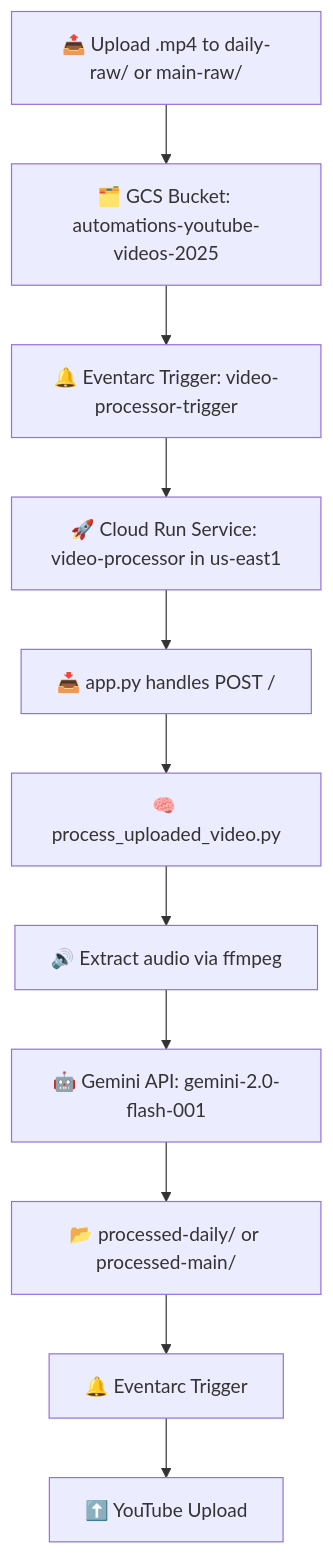
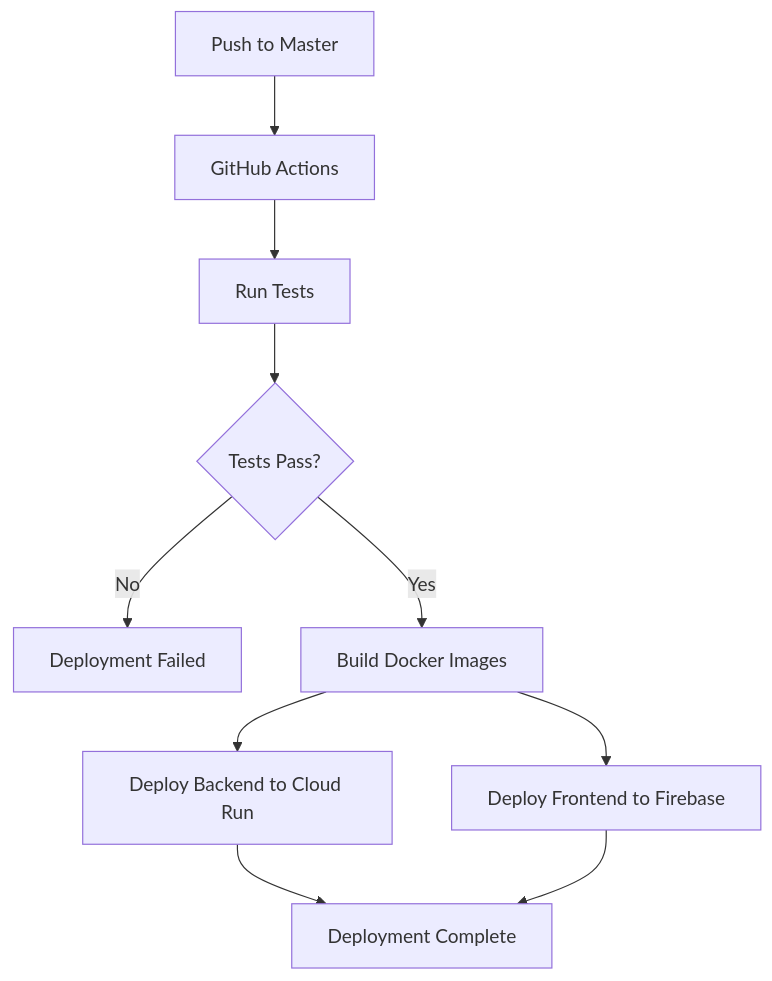
The sixth of 6 diagrams in README.md (ParkerRex/echo), drawn with Mermaid before and after one commit. The commit also changed other lines of this file and 73 other files, not shown here.

````diff
--- a/README.md
+++ b/README.md
@@ -155,18 +330,11 @@
 ```mermaid
 flowchart TD
-  A[📤 Upload .mp4 to daily-raw/ or main-raw/] --> B[🗂️ GCS Bucket: automations-youtube-videos-2025]
-
-  B --> C[🔔 Eventarc Trigger: video-processor-trigger]
-  C --> D[🚀 Cloud Run Service: video-processor in us-east1]
-
-  D --> E[📥 app.py handles POST /]
-  E --> F[🧠 process_uploaded_video.py]
-
-  F --> G[🔊 Extract audio via ffmpeg]
-  G --> H[🤖 Gemini API: gemini-2.0-flash-001]
-
-  H --> I[📂 processed-daily/ or processed-main/]
-
-  I --> J[🔔 Eventarc Trigger]
-  J --> K[⬆️ YouTube Upload]
+    A[Push to Master] --> B[GitHub Actions]
+    B --> C[Run Tests]
+    C --> D{Tests Pass?}
+    D -->|No| E[Deployment Failed]
+    D -->|Yes| F[Build Docker Images]
+    F --> G[Deploy Backend to Cloud Run]
+    F --> H[Deploy Frontend to Firebase]
+    G & H --> I[Deployment Complete]
 ```
````
